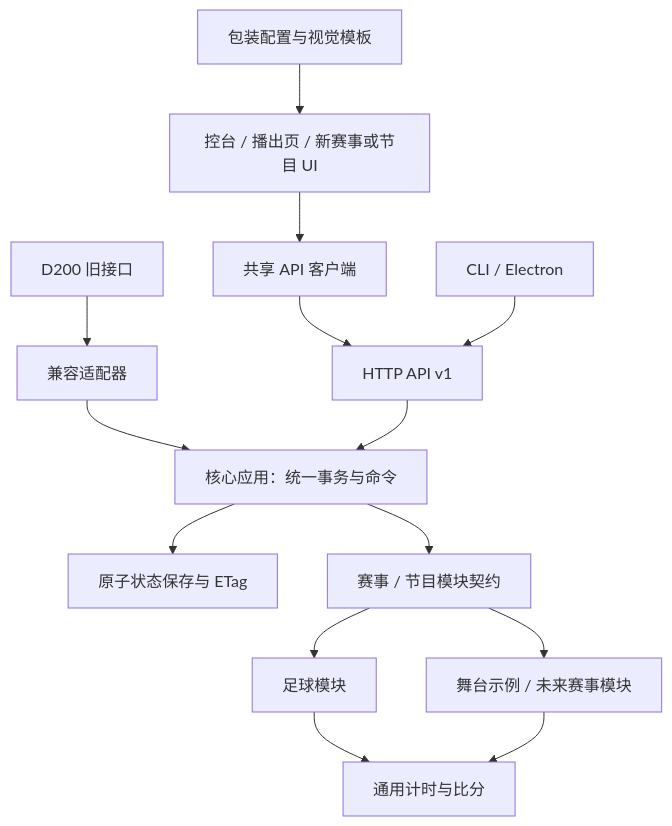
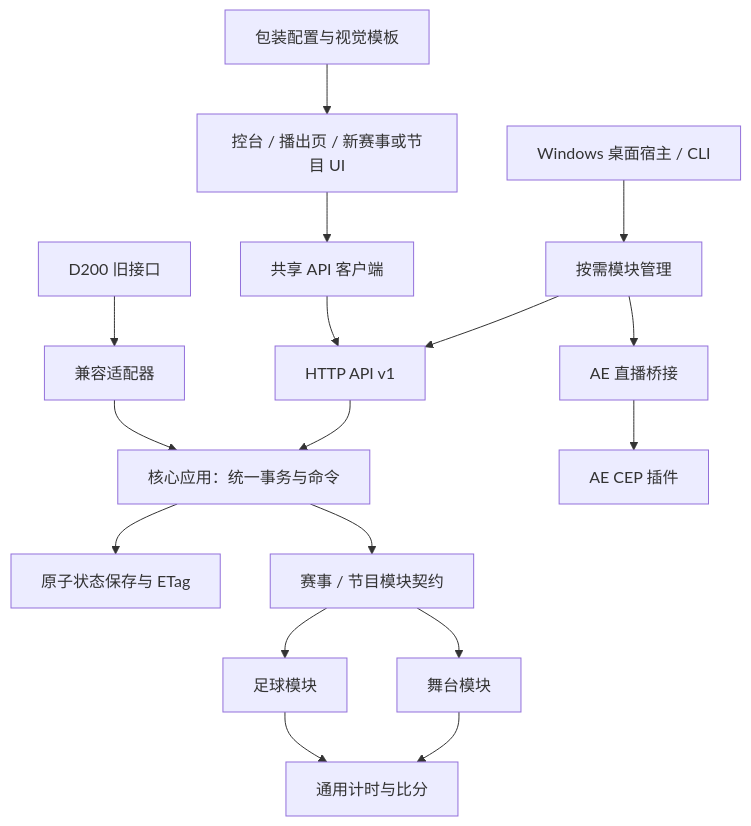
The diagram in docs/ARCHITECTURE.md (AlanHe0728/vibe-vmix), drawn with Mermaid before and after one commit. The commit also changed other lines of this file and 62 other files, not shown here.

Commit message:
Add beta workspace, stage lyrics and unified PVW preview

````diff
--- a/docs/ARCHITECTURE.md
+++ b/docs/ARCHITECTURE.md
@@ -37,16 +45,19 @@
 ```mermaid
 flowchart TD
     UI[控台 / 播出页 / 新赛事或节目 UI] --> CLIENT[共享 API 客户端]
     CLIENT --> API[HTTP API v1]
     D200[D200 旧接口] --> ADAPTER[兼容适配器]
     ADAPTER --> APP[核心应用：统一事务与命令]
     API --> APP
     APP --> STORE[原子状态保存与 ETag]
     APP --> CONTRACT[赛事 / 节目模块契约]
     CONTRACT --> FOOTBALL[足球模块]
-    CONTRACT --> STAGE[舞台示例 / 未来赛事模块]
+    CONTRACT --> STAGE[舞台模块]
     FOOTBALL --> COMMON[通用计时与比分]
     STAGE --> COMMON
     PACKAGE[包装配置与视觉模板] --> UI
-    HOST[CLI / Electron] --> API
+    HOST[Windows 桌面宿主 / CLI] --> WORKSPACE[按需模块管理]
+    WORKSPACE --> API
+    WORKSPACE --> AEBRIDGE[AE 直播桥接]
+    AEBRIDGE --> AEPLUGIN[AE CEP 插件]
 ```
````
